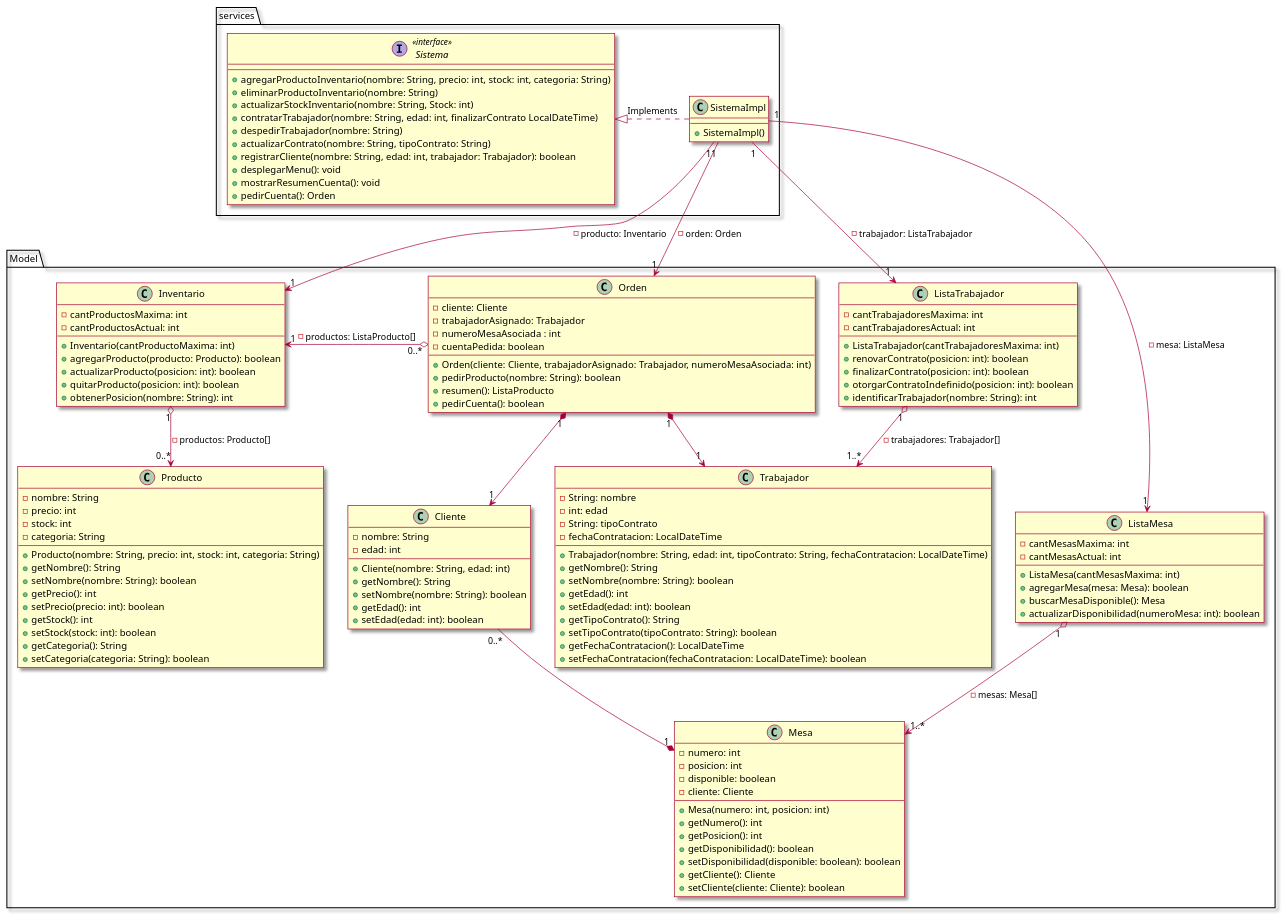
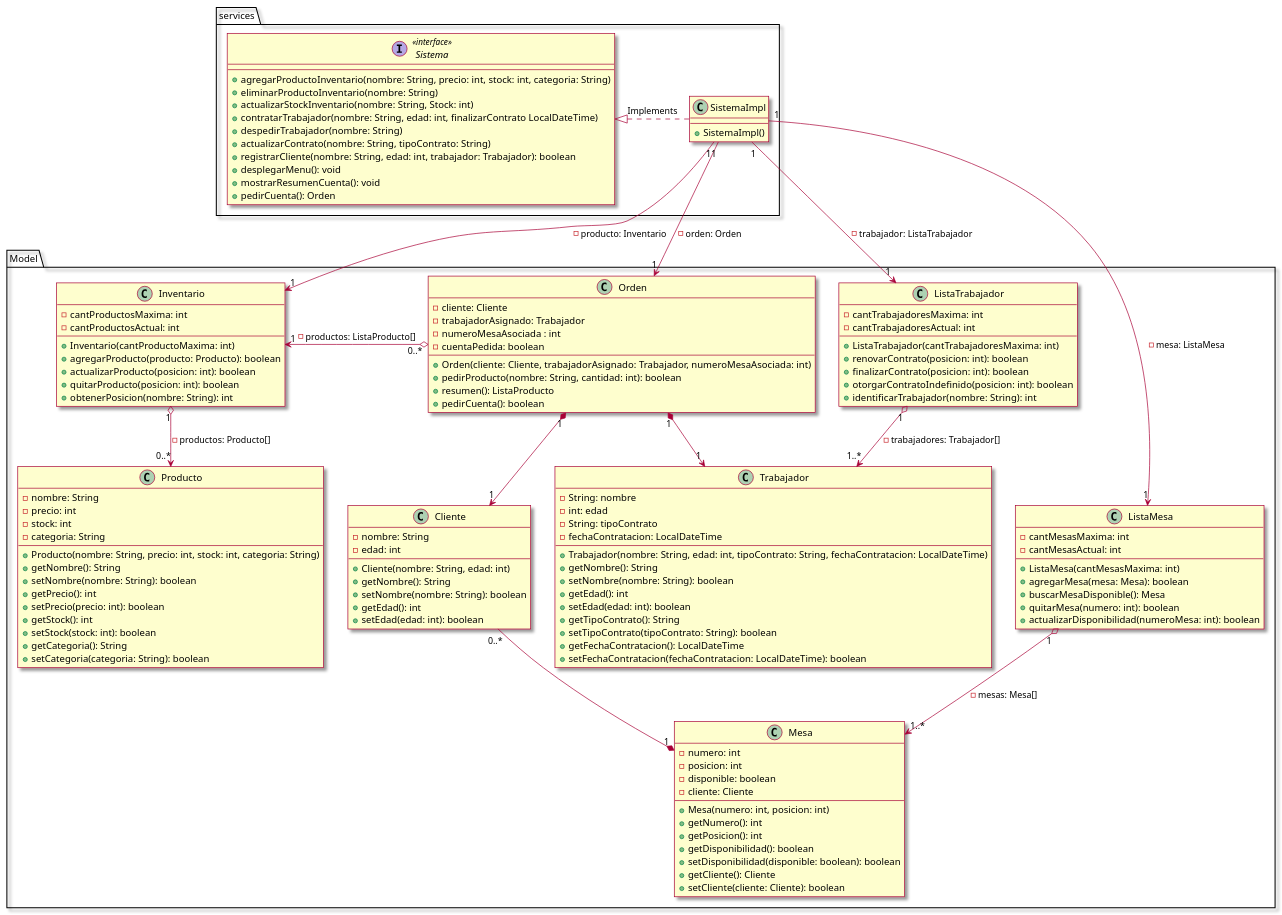
Before and after one commit to DanielDiazVargas/Prog.Av._Taller-1: the diagram in src/Diagrama_Clases.puml, drawn with PlantUML. The commit also changed 1 other file, not shown here.

```diff
--- a/src/Diagrama_Clases.puml
+++ b/src/Diagrama_Clases.puml
@@ -1,159 +1,160 @@
 @startuml
 skin rose
 
 package "services" {
 
     interface Sistema <<interface>> {
 
         +agregarProductoInventario(nombre: String, precio: int, stock: int, categoria: String)
         +eliminarProductoInventario(nombre: String)
         +actualizarStockInventario(nombre: String, Stock: int)
         +contratarTrabajador(nombre: String, edad: int, finalizarContrato LocalDateTime)
         +despedirTrabajador(nombre: String)
         +actualizarContrato(nombre: String, tipoContrato: String)
         +registrarCliente(nombre: String, edad: int, trabajador: Trabajador): boolean
         +desplegarMenu(): void
         +mostrarResumenCuenta(): void
         +pedirCuenta(): Orden
 
     }
 
     class SistemaImpl{
 
         +SistemaImpl()
     }
 
     Sistema <|.right. SistemaImpl: Implements
 }
 
 
 package "Model" {
 
     class Orden {
 
         -cliente: Cliente
         -trabajadorAsignado: Trabajador
         -numeroMesaAsociada : int
         -cuentaPedida: boolean
 
         +Orden(cliente: Cliente, trabajadorAsignado: Trabajador, numeroMesaAsociada: int)
-        +pedirProducto(nombre: String): boolean
+        +pedirProducto(nombre: String, cantidad: int): boolean
         +resumen(): ListaProducto
         +pedirCuenta(): boolean
     }
 
     Orden "0..*" o-left-> "1" Inventario: -productos: ListaProducto[]
     Orden "1" *--> "1" Cliente
     Orden "1" *--> "1" Trabajador
     SistemaImpl "1" --> "1" Orden: -orden: Orden
 
     class ListaMesa {
 
         -cantMesasMaxima: int
         -cantMesasActual: int
 
         +ListaMesa(cantMesasMaxima: int)
         +agregarMesa(mesa: Mesa): boolean
         +buscarMesaDisponible(): Mesa
+        +quitarMesa(numero: int): boolean
         +actualizarDisponibilidad(numeroMesa: int): boolean
     }
 
     class Mesa {
 
         -numero: int
         -posicion: int
         -disponible: boolean
         -cliente: Cliente
 
         +Mesa(numero: int, posicion: int)
         +getNumero(): int
         +getPosicion(): int
         +getDisponibilidad(): boolean
         +setDisponibilidad(disponible: boolean): boolean
         +getCliente(): Cliente
         +setCliente(cliente: Cliente): boolean
     }
 
     class Cliente {
 
         -nombre: String
         -edad: int
 
         +Cliente(nombre: String, edad: int)
         +getNombre(): String
         +setNombre(nombre: String): boolean
         +getEdad(): int
         +setEdad(edad: int): boolean
     }
 
     Mesa "1" *-up- "0..*" Cliente
     ListaMesa "1" o--> "1..*" Mesa: -mesas: Mesa[]
     SistemaImpl "1" --> "1" ListaMesa: -mesa: ListaMesa
 
     class ListaTrabajador {
 
         -cantTrabajadoresMaxima: int
         -cantTrabajadoresActual: int
 
         +ListaTrabajador(cantTrabajadoresMaxima: int)
         +renovarContrato(posicion: int): boolean
         +finalizarContrato(posicion: int): boolean
         +otorgarContratoIndefinido(posicion: int): boolean
         +identificarTrabajador(nombre: String): int
     }
 
     class Trabajador {
 
         -String: nombre
         -int: edad
         -String: tipoContrato
         -fechaContratacion: LocalDateTime
 
         +Trabajador(nombre: String, edad: int, tipoContrato: String, fechaContratacion: LocalDateTime)
         +getNombre(): String
         +setNombre(nombre: String): boolean
         +getEdad(): int
         +setEdad(edad: int): boolean
         +getTipoContrato(): String
         +setTipoContrato(tipoContrato: String): boolean
         +getFechaContratacion(): LocalDateTime
         +setFechaContratacion(fechaContratacion: LocalDateTime): boolean
     }
 
     ListaTrabajador "1" o--> "1..*" Trabajador: -trabajadores: Trabajador[]
     SistemaImpl "1" --> "1" ListaTrabajador: -trabajador: ListaTrabajador
 
     class Inventario {
 
             -cantProductosMaxima: int
             -cantProductosActual: int
 
             +Inventario(cantProductoMaxima: int)
             +agregarProducto(producto: Producto): boolean
             +actualizarProducto(posicion: int): boolean
             +quitarProducto(posicion: int): boolean
             +obtenerPosicion(nombre: String): int
         }
 
         class Producto {
 
             -nombre: String
             -precio: int
             -stock: int
             -categoria: String
 
             +Producto(nombre: String, precio: int, stock: int, categoria: String)
             +getNombre(): String
             +setNombre(nombre: String): boolean
             +getPrecio(): int
             +setPrecio(precio: int): boolean
             +getStock(): int
             +setStock(stock: int): boolean
             +getCategoria(): String
             +setCategoria(categoria: String): boolean
         }
 
         Inventario "1" o--> "0..*" Producto: -productos: Producto[]
         SistemaImpl "1" --> "1" Inventario: -producto: Inventario
 }
 @enduml
```
